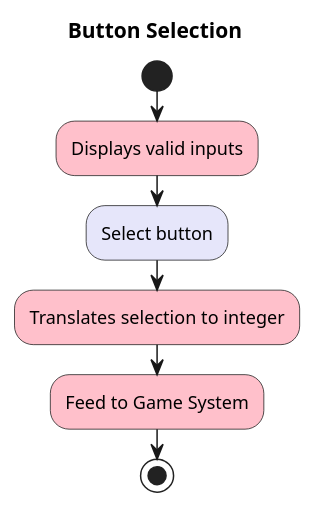
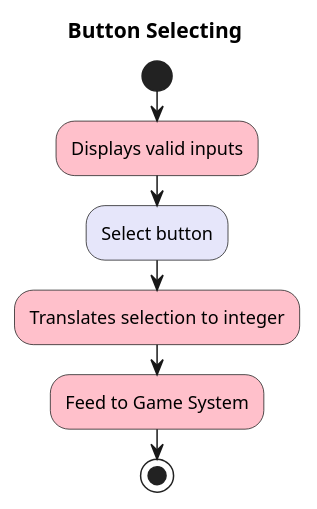
The fifth of 8 diagrams in use-cases/use-cases-brief.md (BillCheng9/Steampunk-Game), drawn with PlantUML before and after one commit. The commit also changed other lines of this file, not shown here.

````diff
--- a/use-cases/use-cases-brief.md
+++ b/use-cases/use-cases-brief.md
@@ -85,18 +89,18 @@
 ```plantuml
 <style>
 diamond {
   BackgroundColor White
 }
 </style>
 
-title Button Selection
+title Button Selecting
 
 start
 
 #pink:Displays valid inputs;
 #lavender:Select button;
 #pink:Translates selection to integer;
 #pink:Feed to Game System;
 
 stop
 ```
````
